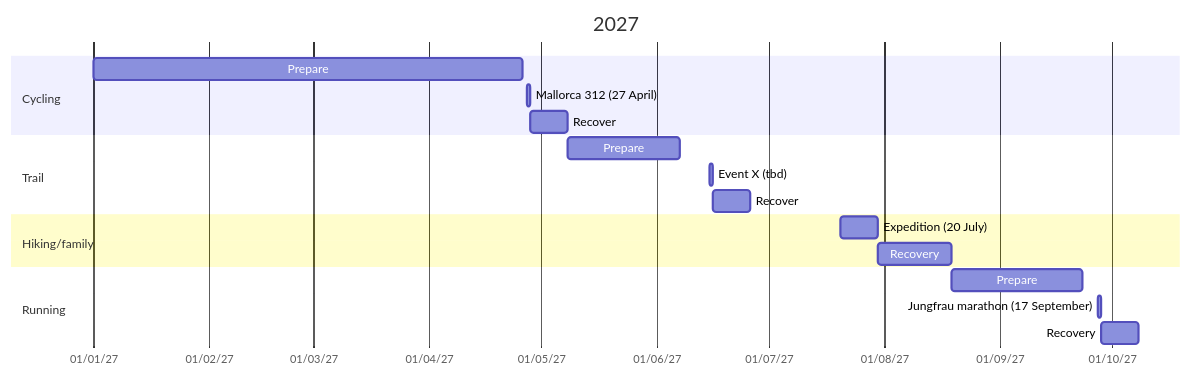
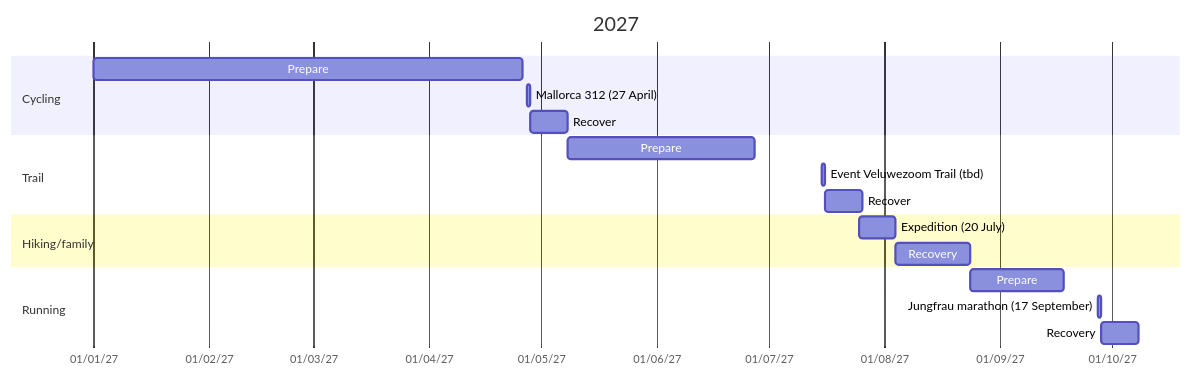
One commit to onekrasov/onekrasov.github.io changed the second of 2 diagrams in _posts/2027-09-27-sport-events-planning.md. Above: the diagram before and after it, drawn with Mermaid.

````diff
--- a/_posts/2027-09-27-sport-events-planning.md
+++ b/_posts/2027-09-27-sport-events-planning.md
@@ -22,21 +22,21 @@
 ```mermaid
 gantt
     title 2027
     dateFormat DD-MM-YY
     axisFormat %d/%m/%y
     section Cycling
     Prepare: b1, 01-01-27, 115d
     Mallorca 312 (27 April): m312, 27-04-27, 1d
     Recover: m312r, after m312, 10d
     section Trail
-    Prepare: after m312r, 30d
-    Event X (tbd): ex, 15-06-27, 1d
-    Recover: after ex, 10d
+    Prepare: after m312r, 50d
+    Event Veluwezoom Trail (tbd): vz, 15-07-27, 1d
+    Recover: after vz, 10d
     section Hiking/family
-    Expedition (20 July): e1, 20-07-27, 10d
+    Expedition (20 July): e1, 25-07-27, 10d
     Recovery: r2, after e1, 20d
     section Running
-    Prepare: after r2, 35d
+    Prepare: after r2, 25d
     Jungfrau marathon (17 September): jm, 27-09-27, 1d
     Recovery: after jm, 10d
 ```
````
